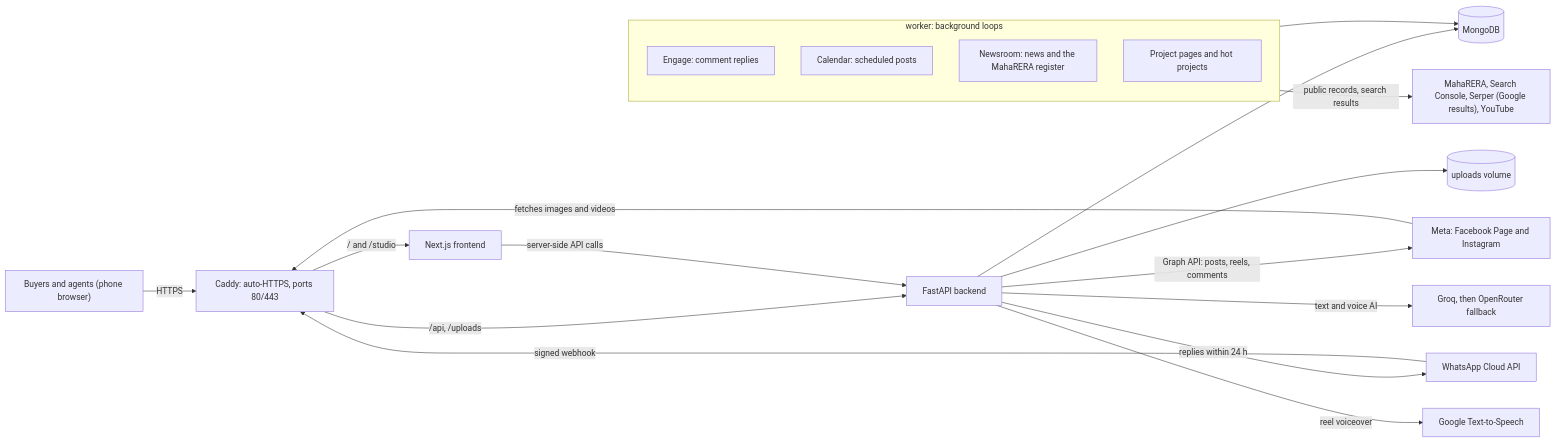
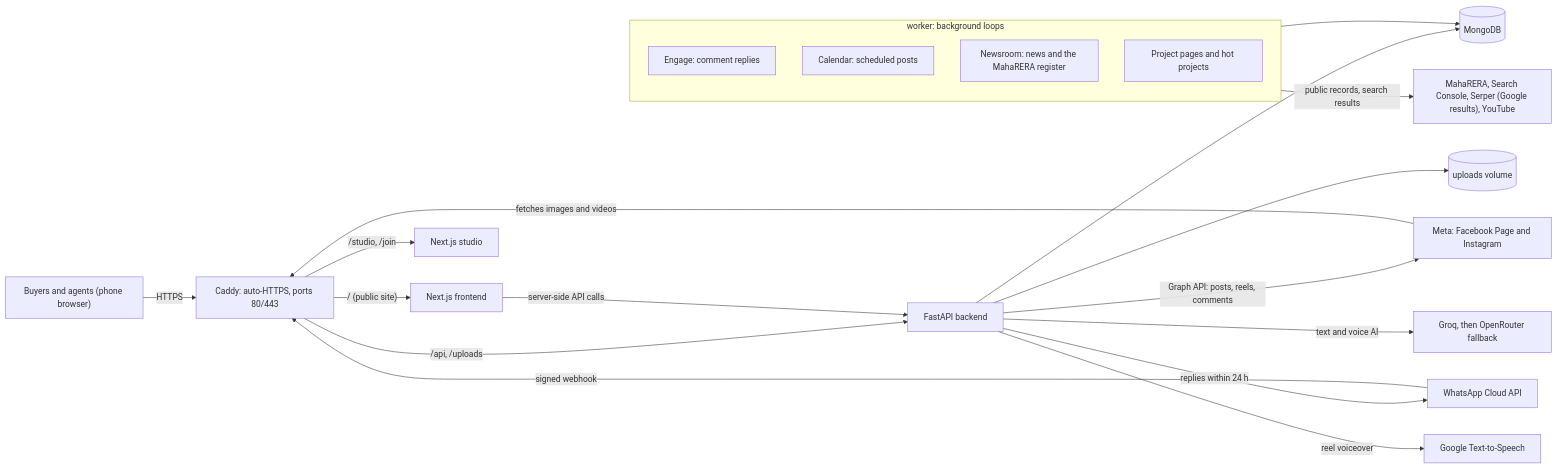
Before and after one commit to amitsajwan/realestate_ai: the diagram in docs/operator/OPERATOR_GUIDE.md, drawn with Mermaid. The commit also changed other lines of this file and 23 other files, not shown here.

````diff
--- a/docs/operator/OPERATOR_GUIDE.md
+++ b/docs/operator/OPERATOR_GUIDE.md
@@ -64,23 +65,24 @@
 ```mermaid
 flowchart LR
   buyer["Buyers and agents (phone browser)"] -->|HTTPS| caddy["Caddy: auto-HTTPS, ports 80/443"]
-  caddy -->|"/ and /studio"| fe["Next.js frontend"]
+  caddy -->|"/ (public site)"| fe["Next.js frontend"]
+  caddy -->|"/studio, /join"| st["Next.js studio"]
   caddy -->|"/api, /uploads"| be["FastAPI backend"]
   fe -->|"server-side API calls"| be
   be --> db[("MongoDB")]
   be --> up[("uploads volume")]
   subgraph loops["worker: background loops"]
     eng["Engage: comment replies"]
     cal["Calendar: scheduled posts"]
     news["Newsroom: news and the MahaRERA register"]
     enr["Project pages and hot projects"]
   end
   loops --> db
   be -->|"Graph API: posts, reels, comments"| meta["Meta: Facebook Page and Instagram"]
   wa["WhatsApp Cloud API"] -->|"signed webhook"| caddy
   be -->|"replies within 24 h"| wa
   be -->|"text and voice AI"| llm["Groq, then OpenRouter fallback"]
   be -->|"reel voiceover"| tts["Google Text-to-Speech"]
   loops -->|"public records, search results"| ext["MahaRERA, Search Console, Serper (Google results), YouTube"]
   meta -->|"fetches images and videos"| caddy
 ```
````
